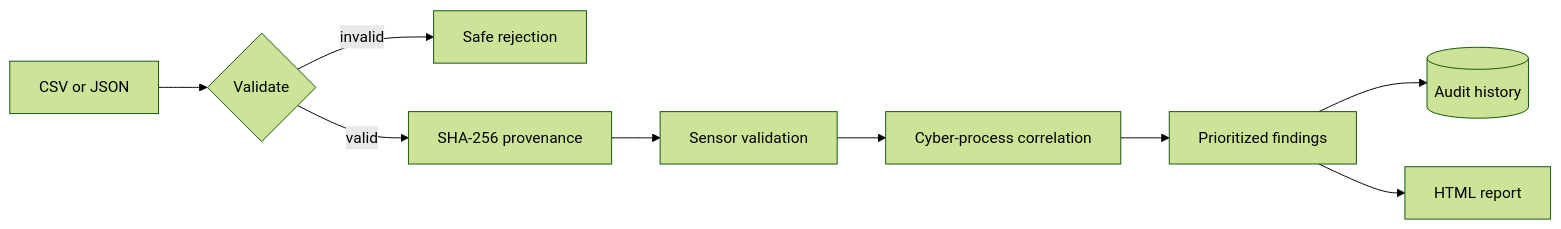
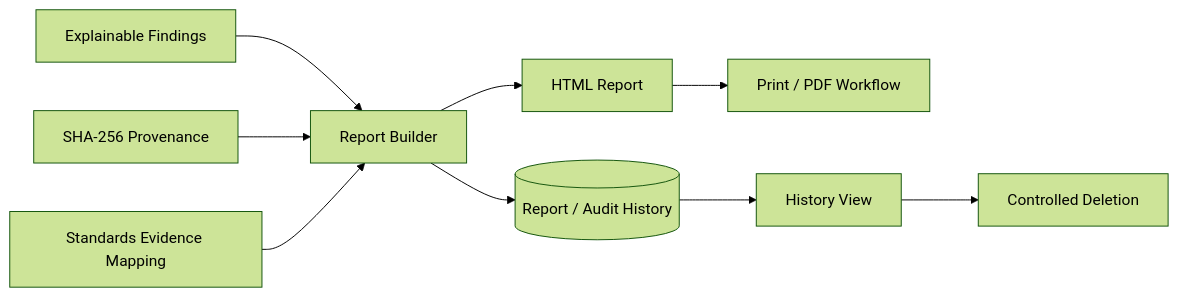
Diagram 12 of 20 in docs/ARCHITECTURE.md (HaziqBinAfzal/AquaVigil), drawn with Mermaid (forest theme) before and after one commit. The commit also changed other lines of this file and 2 other files, not shown here.

Commit message:
docs: expand AquaVigil architecture documentation

````diff
--- a/docs/ARCHITECTURE.md
+++ b/docs/ARCHITECTURE.md
@@ -30,11 +234,11 @@
 ```mermaid
 flowchart LR
-  F[CSV or JSON] --> C{Validate}
-  C -->|invalid| X[Safe rejection]
-  C -->|valid| H[SHA-256 provenance]
-  H --> Q[Sensor validation]
-  Q --> K[Cyber-process correlation]
-  K --> P[Prioritized findings]
-  P --> DB[(Audit history)]
-  P --> RP[HTML report]
+    F[Explainable Findings] --> R[Report Builder]
+    P[SHA-256 Provenance] --> R
+    S[Standards Evidence Mapping] --> R
+    R --> H[HTML Report]
+    H --> PDF[Print / PDF Workflow]
+    R --> DB[(Report / Audit History)]
+    DB --> HIST[History View]
+    HIST --> DEL[Controlled Deletion]
 ```
````
